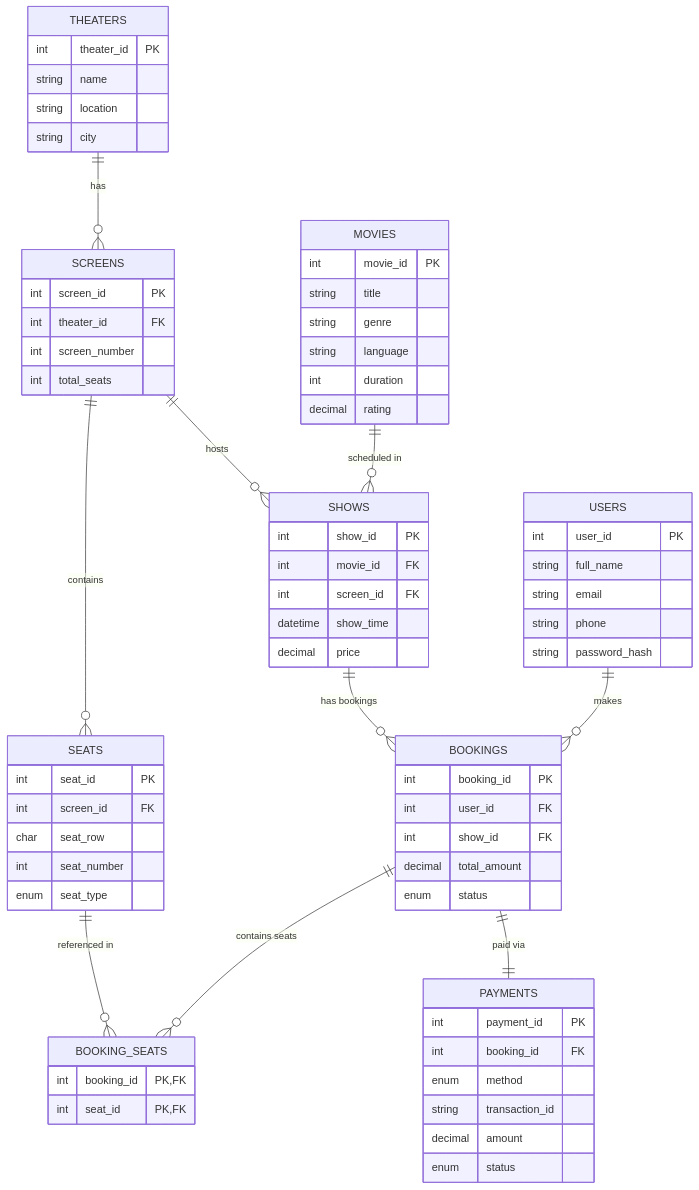
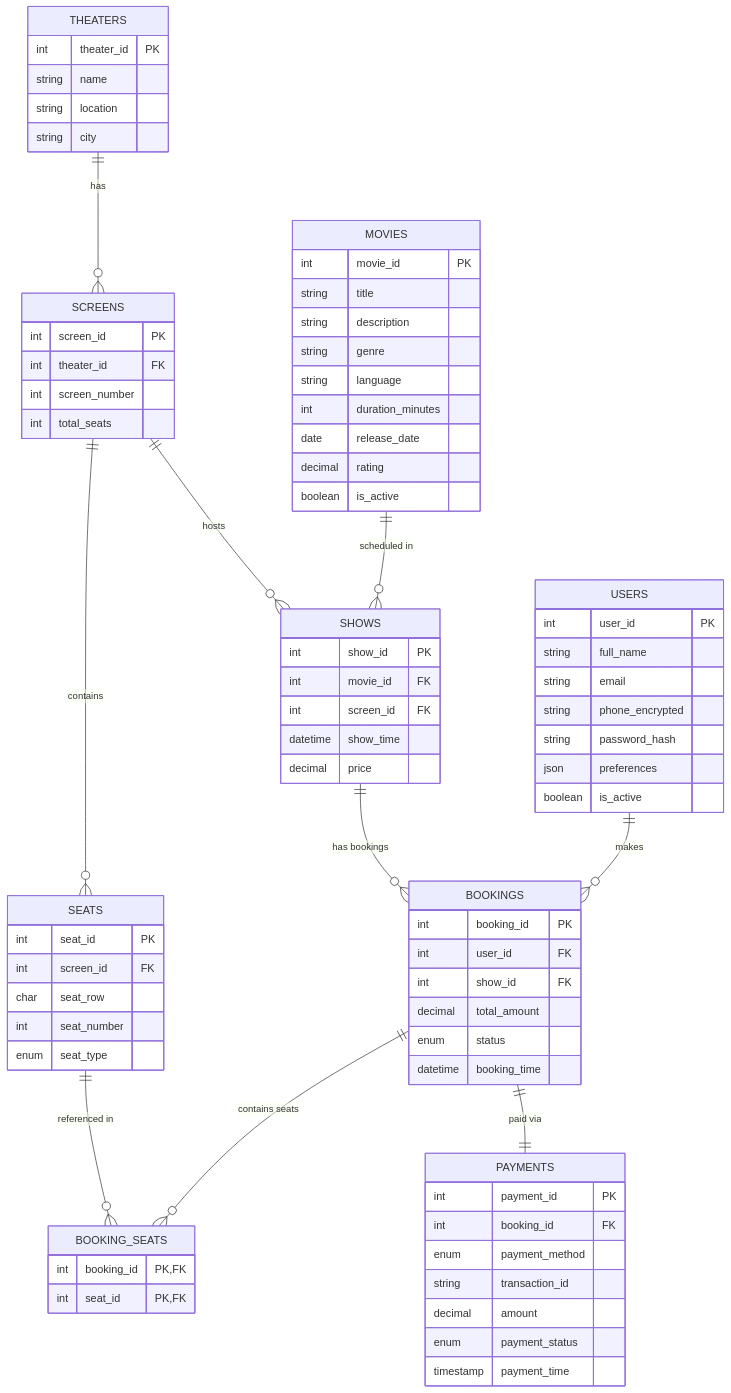
One commit to Prudhvi-2412/Movie-Ticket-Booking changed the diagram in MovieBookingSystem/Docs/ER_diagram.md. Above: the diagram before and after it, drawn with Mermaid. The commit also changed 10 other files, not shown here.

````diff
--- a/MovieBookingSystem/Docs/ER_diagram.md
+++ b/MovieBookingSystem/Docs/ER_diagram.md
@@ -16,17 +16,22 @@
         int user_id PK
         string full_name
         string email
-        string phone
+        string phone_encrypted
         string password_hash
+        json preferences
+        boolean is_active
     }
 
     MOVIES {
         int movie_id PK
         string title
+        string description
         string genre
         string language
-        int duration
+        int duration_minutes
+        date release_date
         decimal rating
+        boolean is_active
     }
 
     THEATERS {
@@ -65,6 +70,7 @@
         int show_id FK
         decimal total_amount
         enum status
+        datetime booking_time
     }
 
     BOOKING_SEATS {
@@ -75,9 +81,10 @@
     PAYMENTS {
         int payment_id PK
         int booking_id FK
-        enum method
+        enum payment_method
         string transaction_id
         decimal amount
-        enum status
+        enum payment_status
+        timestamp payment_time
     }
 ```
````
